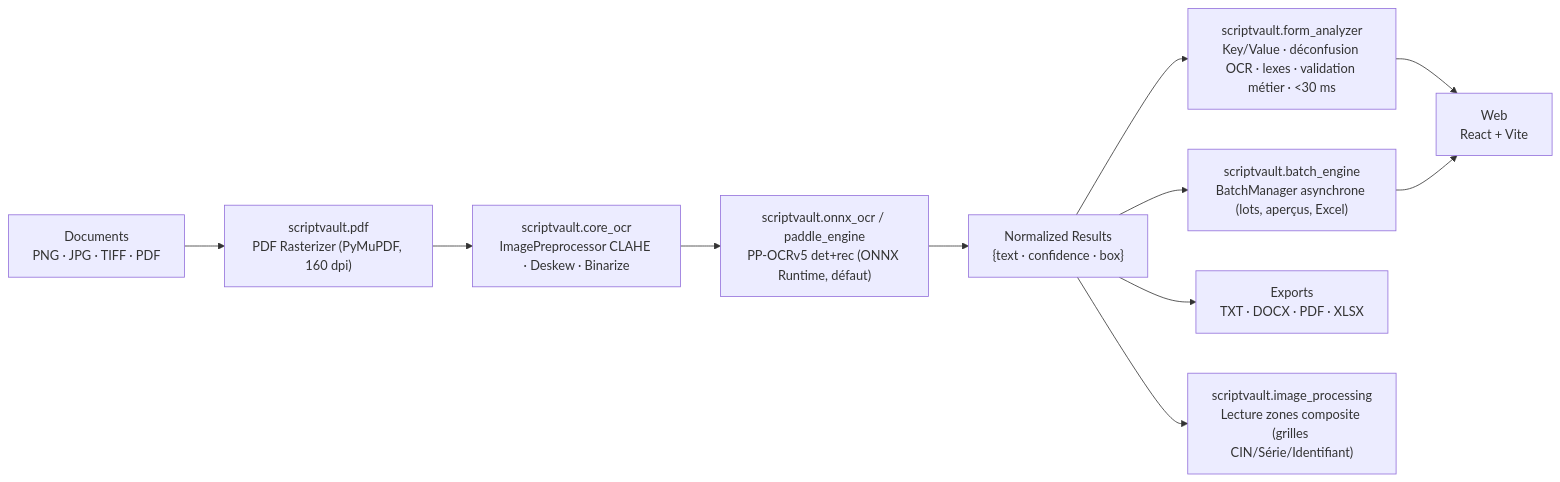
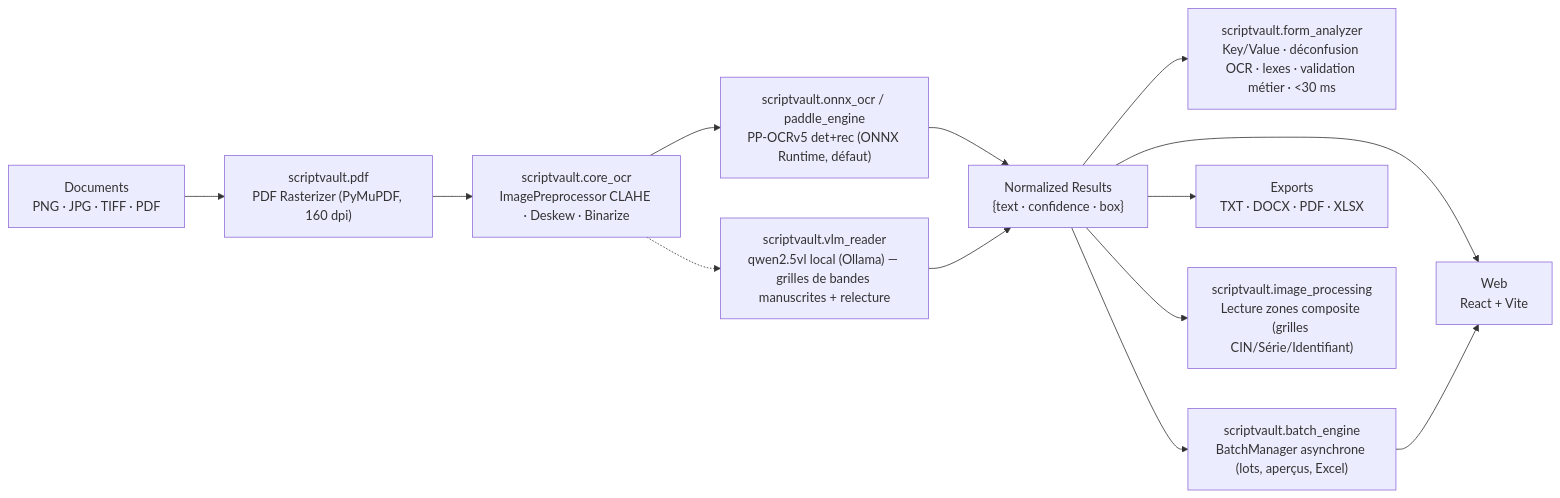
The diagram in README.md (Omar-khecharem/ScriptVaultOcr), drawn with Mermaid before and after one commit. The commit also changed other lines of this file, not shown here.

Commit message:
docs: README v2.3.0 — lecture VLM par grilles (qwen2.5vl), relecture en cascade, démarrage Ollama

````diff
--- a/README.md
+++ b/README.md
@@ -181,13 +205,15 @@
 ```mermaid
 flowchart LR
     A["Documents<br/>PNG · JPG · TIFF · PDF"] --> B["scriptvault.pdf<br/>PDF Rasterizer (PyMuPDF, 160 dpi)"]
     B --> C["scriptvault.core_ocr<br/>ImagePreprocessor CLAHE · Deskew · Binarize"]
     C --> D["scriptvault.onnx_ocr / paddle_engine<br/>PP-OCRv5 det+rec (ONNX Runtime, défaut)"]
     D --> E["Normalized Results<br/>{text · confidence · box}"]
     E --> F["scriptvault.form_analyzer<br/>Key/Value · déconfusion OCR · lexes · validation métier · <30 ms"]
-    F --> G["Web<br/>React + Vite"]
+    E --> G["Web<br/>React + Vite"]
     E --> H["scriptvault.batch_engine<br/>BatchManager asynchrone (lots, aperçus, Excel)"]
     H --> G
     E --> I["Exports<br/>TXT · DOCX · PDF · XLSX"]
     E --> J["scriptvault.image_processing<br/>Lecture zones composite (grilles CIN/Série/Identifiant)"]
+    C -.-> K["scriptvault.vlm_reader<br/>qwen2.5vl local (Ollama) — grilles de bandes manuscrites + relecture"]
+    K --> E
 ```
````
